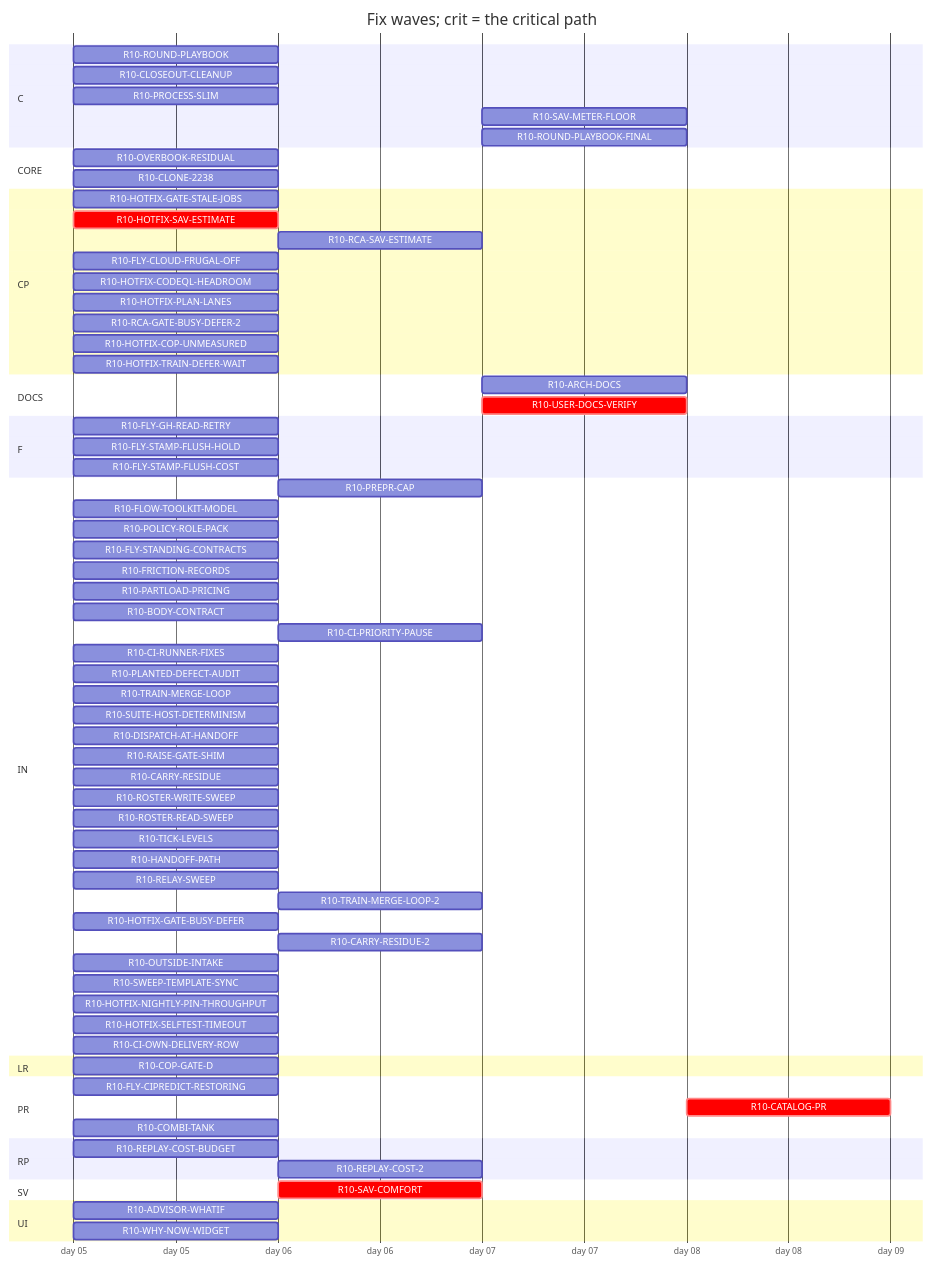
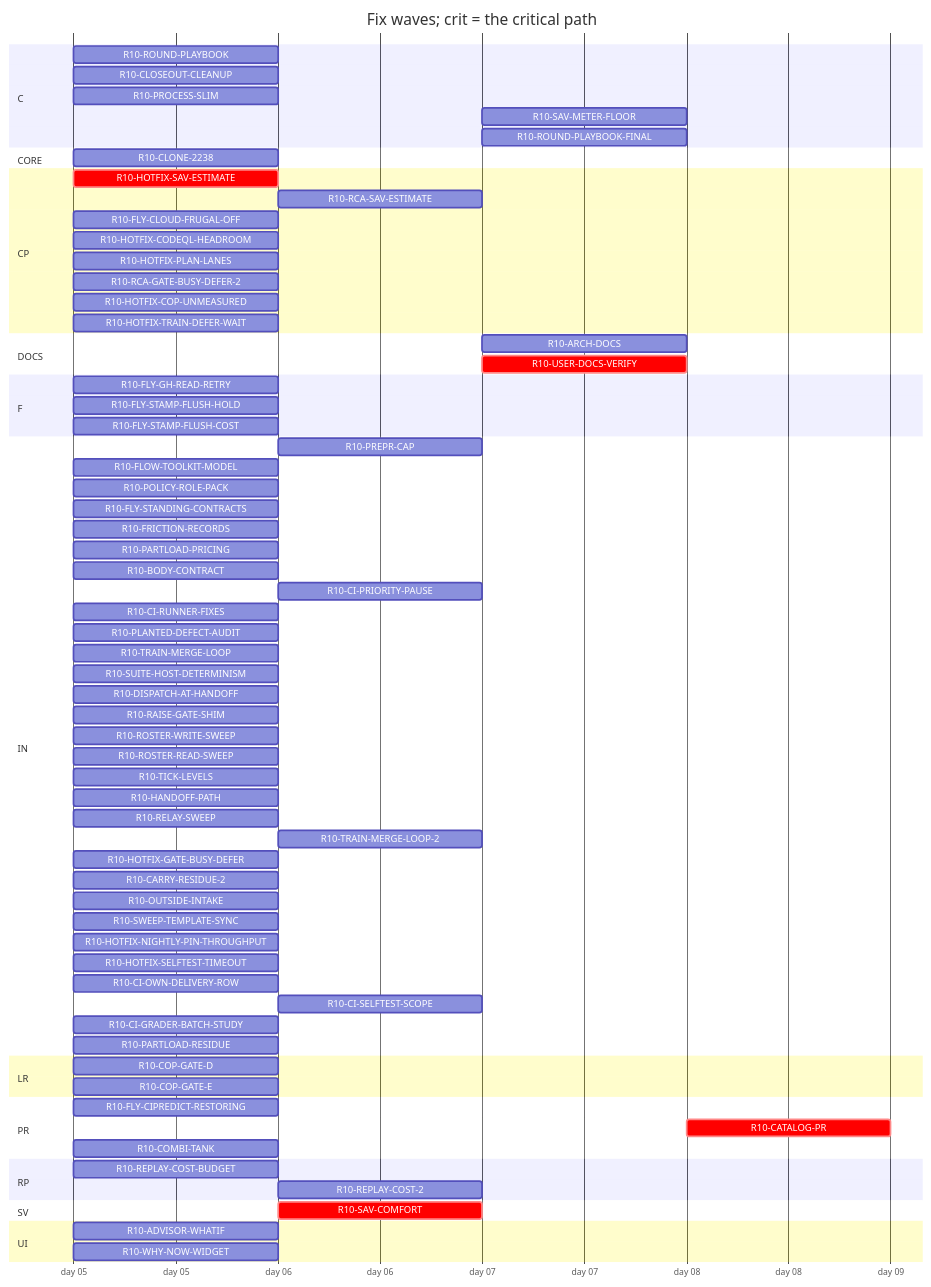
The diagram in handoff/round10/state/PLAN-TABLE.md (tvofi/heatpump_optimizer), drawn with Mermaid before and after one commit. The commit also changed other lines of this file and 3 other files, not shown here.

Commit message:
state: FLOW-BOARD.md, NEXT-SESSION-PROMPT.md, PLAN-TABLE.md, RESUME-CURRENT.md regenerated (state_docs.py)

````diff
--- a/handoff/round10/state/PLAN-TABLE.md
+++ b/handoff/round10/state/PLAN-TABLE.md
@@ -24,75 +24,76 @@
 ```mermaid
 gantt
   title Fix waves; crit = the critical path
   dateFormat YYYY-MM-DD
   axisFormat day %d
   section C
     R10-ROUND-PLAYBOOK :r10ROUNDPLAYBOOK, 2026-01-05, 1d
     R10-CLOSEOUT-CLEANUP :r10CLOSEOUTCLEANUP, 2026-01-05, 1d
     R10-PROCESS-SLIM :r10PROCESSSLIM, 2026-01-05, 1d
     R10-SAV-METER-FLOOR :r10SAVMETERFLOOR, after r10HOTFIXSAVESTIMATE r10SAVCOMFORT, 1d
     R10-ROUND-PLAYBOOK-FINAL :r10ROUNDPLAYBOOKFINAL, after r10PREPRCAP r10HANDOFFPATH r10RELAYSWEEP r10TRAINMERGELOOP r10DISPATCHATHANDOFF r10BODYCONTRACT r10TICKLEVELS r10CIPRIORITYPAUSE r10ROSTERWRITESWEEP r10ROSTERREADSWEEP r10FLYSTANDINGCONTRACTS r10POLICYROLEPACK r10FRICTIONRECORDS r10FLOWTOOLKITMODEL r10CIRUNNERFIXES r10FLYCIPREDICTRESTORING r10RAISEGATESHIM r10PLANTEDDEFECTAUDIT r10FLYGHREADRETRY r10SUITEHOSTDETERMINISM r10ROUNDPLAYBOOK, 1d
   section CORE
-    R10-OVERBOOK-RESIDUAL :r10OVERBOOKRESIDUAL, 2026-01-05, 1d
     R10-CLONE-2238 :r10CLONE2238, 2026-01-05, 1d
   section CP
-    R10-HOTFIX-GATE-STALE-JOBS :r10HOTFIXGATESTALEJOBS, 2026-01-05, 1d
     R10-HOTFIX-SAV-ESTIMATE :crit, r10HOTFIXSAVESTIMATE, 2026-01-05, 1d
     R10-RCA-SAV-ESTIMATE :r10RCASAVESTIMATE, after r10HOTFIXSAVESTIMATE, 1d
     R10-FLY-CLOUD-FRUGAL-OFF :r10FLYCLOUDFRUGALOFF, 2026-01-05, 1d
     R10-HOTFIX-CODEQL-HEADROOM :r10HOTFIXCODEQLHEADROOM, 2026-01-05, 1d
     R10-HOTFIX-PLAN-LANES :r10HOTFIXPLANLANES, 2026-01-05, 1d
     R10-RCA-GATE-BUSY-DEFER-2 :r10RCAGATEBUSYDEFER2, 2026-01-05, 1d
     R10-HOTFIX-COP-UNMEASURED :r10HOTFIXCOPUNMEASURED, 2026-01-05, 1d
     R10-HOTFIX-TRAIN-DEFER-WAIT :r10HOTFIXTRAINDEFERWAIT, 2026-01-05, 1d
   section DOCS
-    R10-ARCH-DOCS :r10ARCHDOCS, after r10CARRYRESIDUE r10OVERBOOKRESIDUAL r10CLONE2238 r10SAVCOMFORT r10COPGATED r10WHYNOWWIDGET r10PARTLOADPRICING r10ADVISORWHATIF r10REPLAYCOSTBUDGET r10PREPRCAP r10HANDOFFPATH r10RELAYSWEEP r10TRAINMERGELOOP r10DISPATCHATHANDOFF r10BODYCONTRACT r10TICKLEVELS r10CIPRIORITYPAUSE r10ROSTERWRITESWEEP r10ROSTERREADSWEEP r10FLYSTANDINGCONTRACTS r10POLICYROLEPACK r10FRICTIONRECORDS r10FLOWTOOLKITMODEL r10CIRUNNERFIXES r10FLYCIPREDICTRESTORING r10RAISEGATESHIM r10PLANTEDDEFECTAUDIT r10FLYGHREADRETRY r10SUITEHOSTDETERMINISM, 1d
-    R10-USER-DOCS-VERIFY :crit, r10USERDOCSVERIFY, after r10CARRYRESIDUE r10OVERBOOKRESIDUAL r10CLONE2238 r10SAVCOMFORT r10COPGATED r10WHYNOWWIDGET r10PARTLOADPRICING r10ADVISORWHATIF r10REPLAYCOSTBUDGET, 1d
+    R10-ARCH-DOCS :r10ARCHDOCS, after r10CLONE2238 r10SAVCOMFORT r10COPGATED r10WHYNOWWIDGET r10PARTLOADPRICING r10ADVISORWHATIF r10REPLAYCOSTBUDGET r10PREPRCAP r10HANDOFFPATH r10RELAYSWEEP r10TRAINMERGELOOP r10DISPATCHATHANDOFF r10BODYCONTRACT r10TICKLEVELS r10CIPRIORITYPAUSE r10ROSTERWRITESWEEP r10ROSTERREADSWEEP r10FLYSTANDINGCONTRACTS r10POLICYROLEPACK r10FRICTIONRECORDS r10FLOWTOOLKITMODEL r10CIRUNNERFIXES r10FLYCIPREDICTRESTORING r10RAISEGATESHIM r10PLANTEDDEFECTAUDIT r10FLYGHREADRETRY r10SUITEHOSTDETERMINISM, 1d
+    R10-USER-DOCS-VERIFY :crit, r10USERDOCSVERIFY, after r10CLONE2238 r10SAVCOMFORT r10COPGATED r10WHYNOWWIDGET r10PARTLOADPRICING r10ADVISORWHATIF r10REPLAYCOSTBUDGET, 1d
   section F
     R10-FLY-GH-READ-RETRY :r10FLYGHREADRETRY, 2026-01-05, 1d
     R10-FLY-STAMP-FLUSH-HOLD :r10FLYSTAMPFLUSHHOLD, 2026-01-05, 1d
     R10-FLY-STAMP-FLUSH-COST :r10FLYSTAMPFLUSHCOST, 2026-01-05, 1d
   section IN
     R10-PREPR-CAP :r10PREPRCAP, after r10PROCESSSLIM, 1d
     R10-FLOW-TOOLKIT-MODEL :r10FLOWTOOLKITMODEL, 2026-01-05, 1d
     R10-POLICY-ROLE-PACK :r10POLICYROLEPACK, 2026-01-05, 1d
     R10-FLY-STANDING-CONTRACTS :r10FLYSTANDINGCONTRACTS, 2026-01-05, 1d
     R10-FRICTION-RECORDS :r10FRICTIONRECORDS, 2026-01-05, 1d
     R10-PARTLOAD-PRICING :r10PARTLOADPRICING, 2026-01-05, 1d
     R10-BODY-CONTRACT :r10BODYCONTRACT, 2026-01-05, 1d
     R10-CI-PRIORITY-PAUSE :r10CIPRIORITYPAUSE, after r10TICKLEVELS, 1d
     R10-CI-RUNNER-FIXES :r10CIRUNNERFIXES, 2026-01-05, 1d
     R10-PLANTED-DEFECT-AUDIT :r10PLANTEDDEFECTAUDIT, 2026-01-05, 1d
     R10-TRAIN-MERGE-LOOP :r10TRAINMERGELOOP, 2026-01-05, 1d
     R10-SUITE-HOST-DETERMINISM :r10SUITEHOSTDETERMINISM, 2026-01-05, 1d
     R10-DISPATCH-AT-HANDOFF :r10DISPATCHATHANDOFF, 2026-01-05, 1d
     R10-RAISE-GATE-SHIM :r10RAISEGATESHIM, 2026-01-05, 1d
-    R10-CARRY-RESIDUE :r10CARRYRESIDUE, 2026-01-05, 1d
     R10-ROSTER-WRITE-SWEEP :r10ROSTERWRITESWEEP, 2026-01-05, 1d
     R10-ROSTER-READ-SWEEP :r10ROSTERREADSWEEP, 2026-01-05, 1d
     R10-TICK-LEVELS :r10TICKLEVELS, 2026-01-05, 1d
     R10-HANDOFF-PATH :r10HANDOFFPATH, 2026-01-05, 1d
     R10-RELAY-SWEEP :r10RELAYSWEEP, 2026-01-05, 1d
     R10-TRAIN-MERGE-LOOP-2 :r10TRAINMERGELOOP2, after r10TRAINMERGELOOP, 1d
     R10-HOTFIX-GATE-BUSY-DEFER :r10HOTFIXGATEBUSYDEFER, 2026-01-05, 1d
-    R10-CARRY-RESIDUE-2 :r10CARRYRESIDUE2, after r10CARRYRESIDUE, 1d
+    R10-CARRY-RESIDUE-2 :r10CARRYRESIDUE2, 2026-01-05, 1d
     R10-OUTSIDE-INTAKE :r10OUTSIDEINTAKE, 2026-01-05, 1d
     R10-SWEEP-TEMPLATE-SYNC :r10SWEEPTEMPLATESYNC, 2026-01-05, 1d
     R10-HOTFIX-NIGHTLY-PIN-THROUGHPUT :r10HOTFIXNIGHTLYPINTHROUGHPUT, 2026-01-05, 1d
     R10-HOTFIX-SELFTEST-TIMEOUT :r10HOTFIXSELFTESTTIMEOUT, 2026-01-05, 1d
     R10-CI-OWN-DELIVERY-ROW :r10CIOWNDELIVERYROW, 2026-01-05, 1d
+    R10-CI-SELFTEST-SCOPE :r10CISELFTESTSCOPE, after r10HOTFIXSELFTESTTIMEOUT, 1d
+    R10-CI-GRADER-BATCH-STUDY :r10CIGRADERBATCHSTUDY, 2026-01-05, 1d
+    R10-PARTLOAD-RESIDUE :r10PARTLOADRESIDUE, 2026-01-05, 1d
   section LR
     R10-COP-GATE-D :r10COPGATED, 2026-01-05, 1d
+    R10-COP-GATE-E :r10COPGATEE, 2026-01-05, 1d
   section PR
     R10-FLY-CIPREDICT-RESTORING :r10FLYCIPREDICTRESTORING, 2026-01-05, 1d
     R10-CATALOG-PR :crit, r10CATALOGPR, after r10USERDOCSVERIFY r10ARCHDOCS r10ROUNDPLAYBOOKFINAL r10CLOSEOUTCLEANUP, 1d
     R10-COMBI-TANK :r10COMBITANK, 2026-01-05, 1d
   section RP
     R10-REPLAY-COST-BUDGET :r10REPLAYCOSTBUDGET, 2026-01-05, 1d
     R10-REPLAY-COST-2 :r10REPLAYCOST2, after r10REPLAYCOSTBUDGET, 1d
   section SV
     R10-SAV-COMFORT :crit, r10SAVCOMFORT, after r10HOTFIXSAVESTIMATE, 1d
   section UI
     R10-ADVISOR-WHATIF :r10ADVISORWHATIF, 2026-01-05, 1d
     R10-WHY-NOW-WIDGET :r10WHYNOWWIDGET, 2026-01-05, 1d
 ```
````
